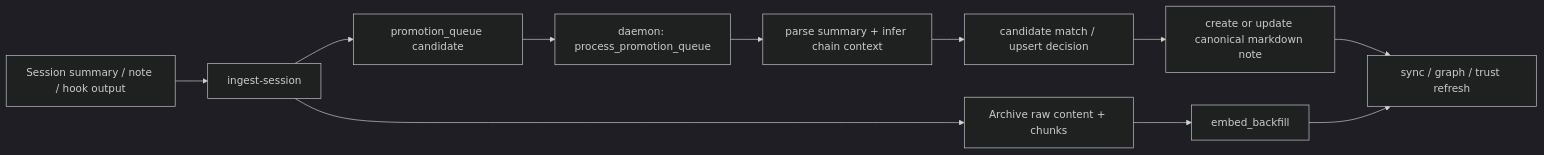
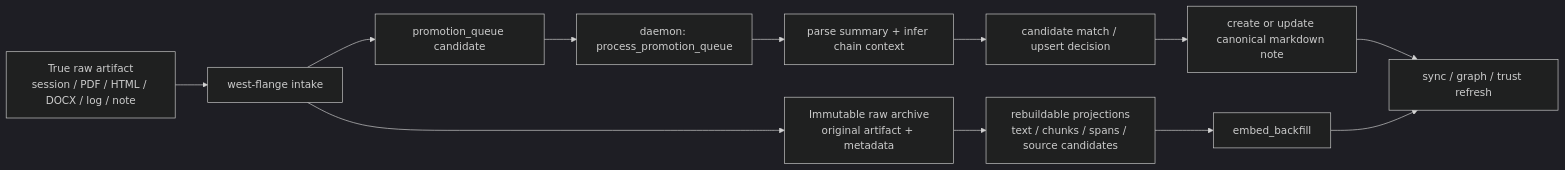
Before and after one commit to Jianyu010/MnemonicOS: the third of 5 diagrams in README.md, drawn with Mermaid (dark theme). The commit also changed other lines of this file and 9 other files, not shown here.

Commit message:
Expand true-raw intake across MnemonicOS docs

````diff
--- a/README.md
+++ b/README.md
@@ -60,13 +62,14 @@
 ```mermaid
 flowchart LR
-    A["Session summary / note / hook output"] --> B["ingest-session"]
-    B --> C["Archive raw content + chunks"]
+    A["True raw artifact<br/>session / PDF / HTML / DOCX / log / note"] --> B["west-flange intake"]
+    B --> C["Immutable raw archive<br/>original artifact + metadata"]
+    C --> K["rebuildable projections<br/>text / chunks / spans / source candidates"]
     B --> D["promotion_queue candidate"]
     D --> E["daemon: process_promotion_queue"]
     E --> F["parse summary + infer chain context"]
     F --> G["candidate match / upsert decision"]
     G --> H["create or update canonical markdown note"]
-    C --> I["embed_backfill"]
+    K --> I["embed_backfill"]
     H --> J["sync / graph / trust refresh"]
     I --> J
 ```
````
